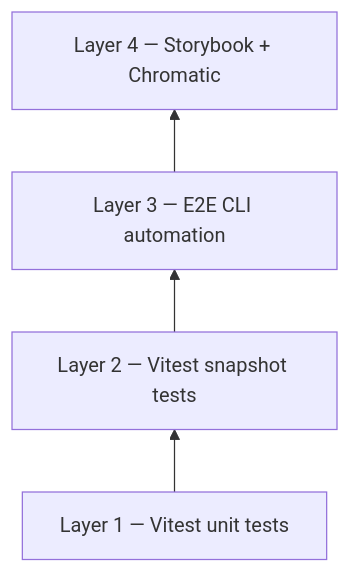
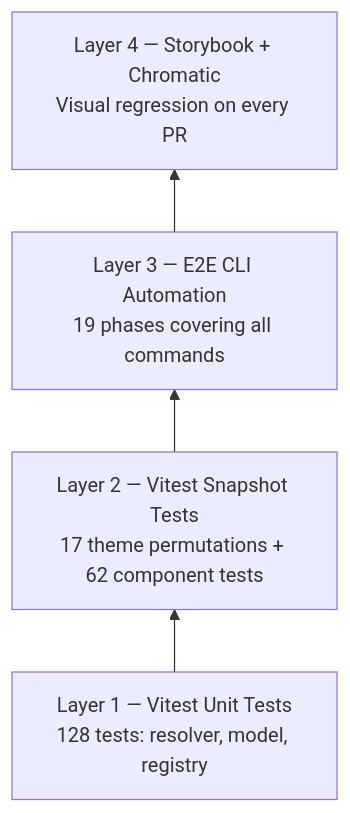
One commit to Naveen2070/project_crucible changed diagram 11 of 12 in ARCHITECTURE.md. Above: the diagram before and after it, drawn with Mermaid. The commit also changed other lines of this file and 5 other files, not shown here.

````diff
--- a/ARCHITECTURE.md
+++ b/ARCHITECTURE.md
@@ -794,8 +847,8 @@
 ```mermaid
 graph BT
-    L1["Layer 1 — Vitest unit tests"]
-    L2["Layer 2 — Vitest snapshot tests"]
-    L3["Layer 3 — E2E CLI automation"]
-    L4["Layer 4 — Storybook + Chromatic"]
+    L1["Layer 1 — Vitest Unit Tests\n128 tests: resolver, model, registry"]
+    L2["Layer 2 — Vitest Snapshot Tests\n17 theme permutations + 62 component tests"]
+    L3["Layer 3 — E2E CLI Automation\n19 phases covering all commands"]
+    L4["Layer 4 — Storybook + Chromatic\nVisual regression on every PR"]
     L1 --> L2 --> L3 --> L4
 ```
````
